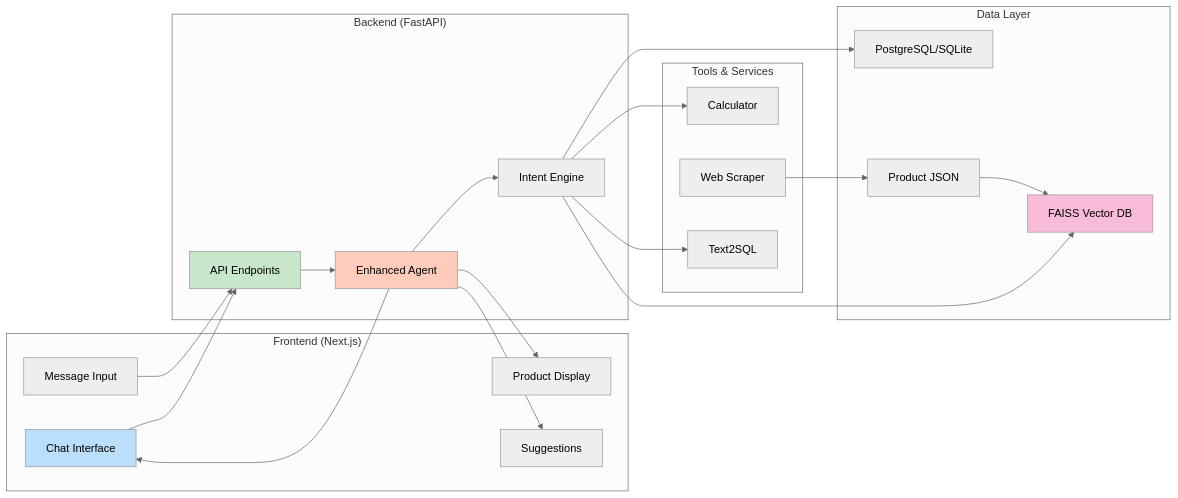
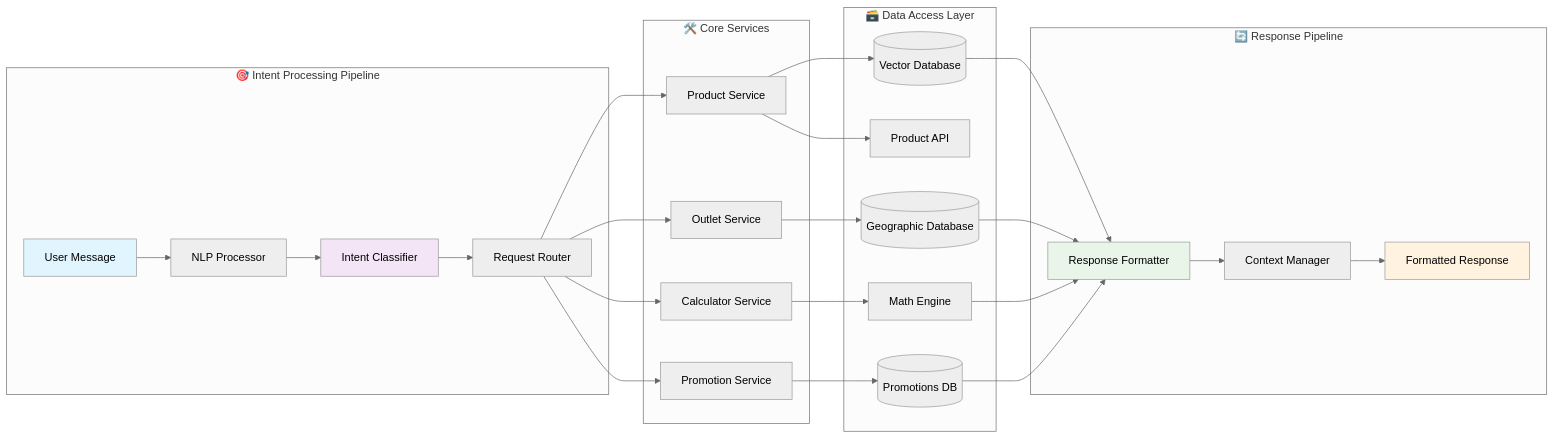
The third of 10 diagrams in docs/VISUAL_DOCUMENTATION.md (Tanz2024/Zuschat-Rag-API), drawn with Mermaid (neutral theme) before and after one commit. The commit also changed other lines of this file, not shown here.

Commit message:
Upgrade system architecture diagrams to production-ready enterprise level

````diff
--- a/docs/VISUAL_DOCUMENTATION.md
+++ b/docs/VISUAL_DOCUMENTATION.md
@@ -48,46 +171,38 @@
 ```mermaid
 graph LR
-    subgraph "Frontend (Next.js)"
-        A[Chat Interface]
-        B[Message Input]
-        C[Product Display]
-        D[Suggestions]
+    subgraph "🎯 Intent Processing Pipeline"
+        INPUT[User Message] --> NLP[NLP Processor]
+        NLP --> CLASSIFIER[Intent Classifier]
+        CLASSIFIER --> ROUTER[Request Router]
     end
     
-    subgraph "Backend (FastAPI)"
-        E[API Endpoints]
-        F[Enhanced Agent]
-        G[Intent Engine]
+    subgraph "🛠️ Core Services"
+        ROUTER --> PRODUCT_SVC[Product Service]
+        ROUTER --> OUTLET_SVC[Outlet Service]
+        ROUTER --> CALC_SVC[Calculator Service]
+        ROUTER --> PROMO_SVC[Promotion Service]
     end
     
-    subgraph "Data Layer"
-        H[FAISS Vector DB]
-        I[PostgreSQL/SQLite]
-        J[Product JSON]
+    subgraph "🗃️ Data Access Layer"
+        PRODUCT_SVC --> VECTOR_DB[(Vector Database)]
+        PRODUCT_SVC --> PRODUCT_API[Product API]
+        OUTLET_SVC --> GEO_DB[(Geographic Database)]
+        CALC_SVC --> MATH_ENGINE[Math Engine]
+        PROMO_SVC --> PROMO_DB[(Promotions DB)]
     end
     
-    subgraph "Tools & Services"
-        K[Calculator]
-        L[Web Scraper]
-        M[Text2SQL]
+    subgraph "🔄 Response Pipeline"
+        VECTOR_DB --> FORMATTER[Response Formatter]
+        GEO_DB --> FORMATTER
+        MATH_ENGINE --> FORMATTER
+        PROMO_DB --> FORMATTER
+        FORMATTER --> CONTEXT[Context Manager]
+        CONTEXT --> OUTPUT[Formatted Response]
     end
     
-    A --> E
-    B --> E
-    E --> F
-    F --> G
-    G --> H
-    G --> I
-    G --> K
-    G --> M
-    L --> J
-    J --> H
-    F --> A
-    F --> C
-    F --> D
-    
-    style A fill:#bbdefb
-    style E fill:#c8e6c9
-    style F fill:#ffccbc
-    style H fill:#f8bbd9
+    %% Styling
+    style INPUT fill:#e1f5fe
+    style CLASSIFIER fill:#f3e5f5
+    style FORMATTER fill:#e8f5e8
+    style OUTPUT fill:#fff3e0
 ```
````
